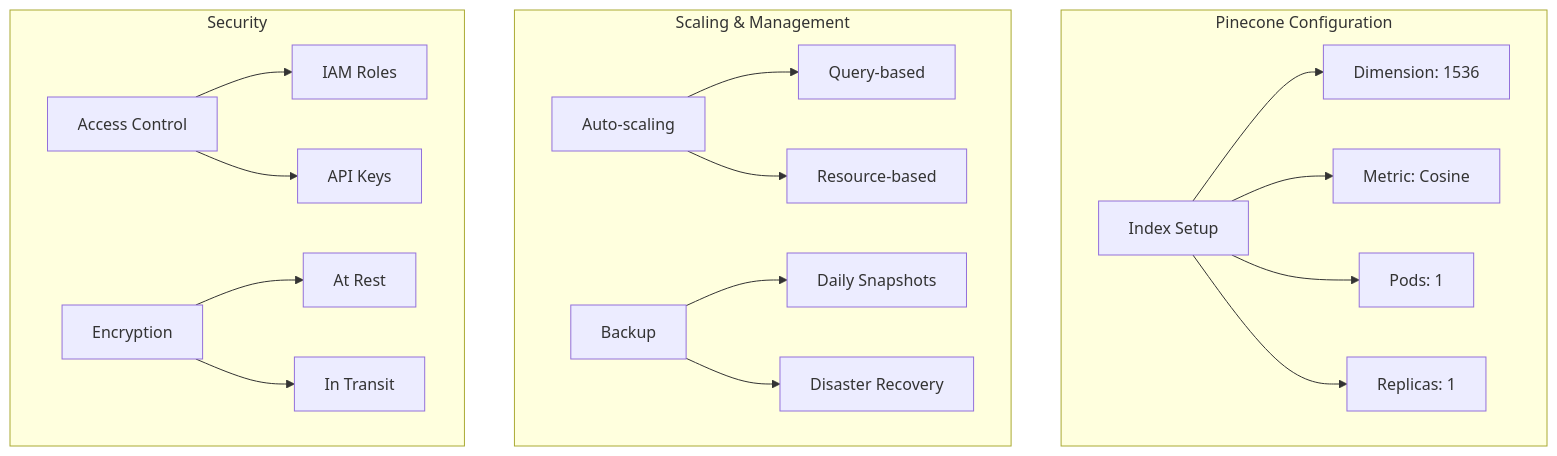
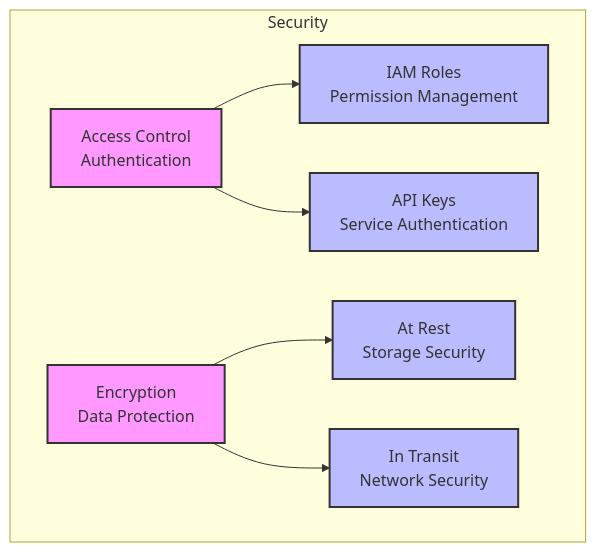
Before and after one commit to Jencheng1/DocuVector: the seventh of 21 diagrams in README.md, drawn with Mermaid. The commit also changed other lines of this file, not shown here.

````diff
--- a/README.md
+++ b/README.md
@@ -102,23 +189,16 @@
 ```mermaid
 graph TD
-    subgraph "Pinecone Configuration"
-        A[Index Setup] --> B[Dimension: 1536]
-        A --> C[Metric: Cosine]
-        A --> D[Pods: 1]
-        A --> E[Replicas: 1]
-    end
-
-    subgraph "Scaling & Management"
-        F[Auto-scaling] --> G[Query-based]
-        F --> H[Resource-based]
-        I[Backup] --> J[Daily Snapshots]
-        I --> K[Disaster Recovery]
-    end
+    style L fill:#f9f,stroke:#333,stroke-width:2px
+    style M fill:#bbf,stroke:#333,stroke-width:2px
+    style N fill:#bbf,stroke:#333,stroke-width:2px
+    style O fill:#f9f,stroke:#333,stroke-width:2px
+    style P fill:#bbf,stroke:#333,stroke-width:2px
+    style Q fill:#bbf,stroke:#333,stroke-width:2px
 
     subgraph "Security"
-        L[Access Control] --> M[IAM Roles]
-        L --> N[API Keys]
-        O[Encryption] --> P[At Rest]
-        O --> Q[In Transit]
+        L[Access Control<br/>Authentication] --> M[IAM Roles<br/>Permission Management]
+        L --> N[API Keys<br/>Service Authentication]
+        O[Encryption<br/>Data Protection] --> P[At Rest<br/>Storage Security]
+        O --> Q[In Transit<br/>Network Security]
     end
 ```
````
